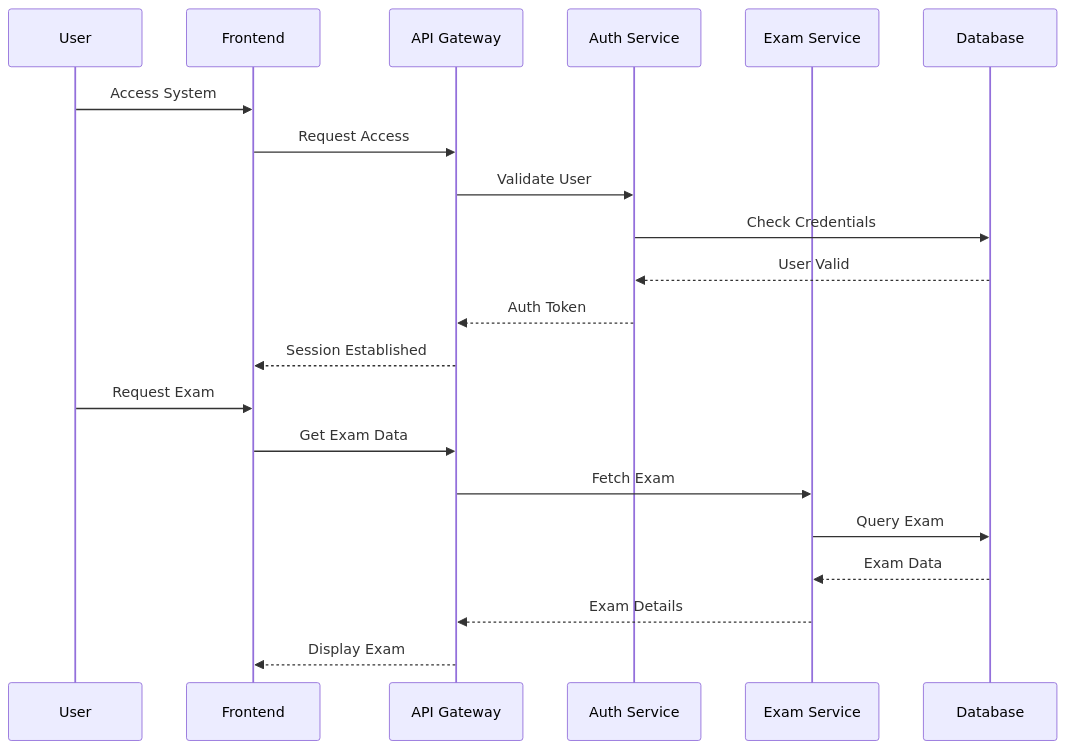
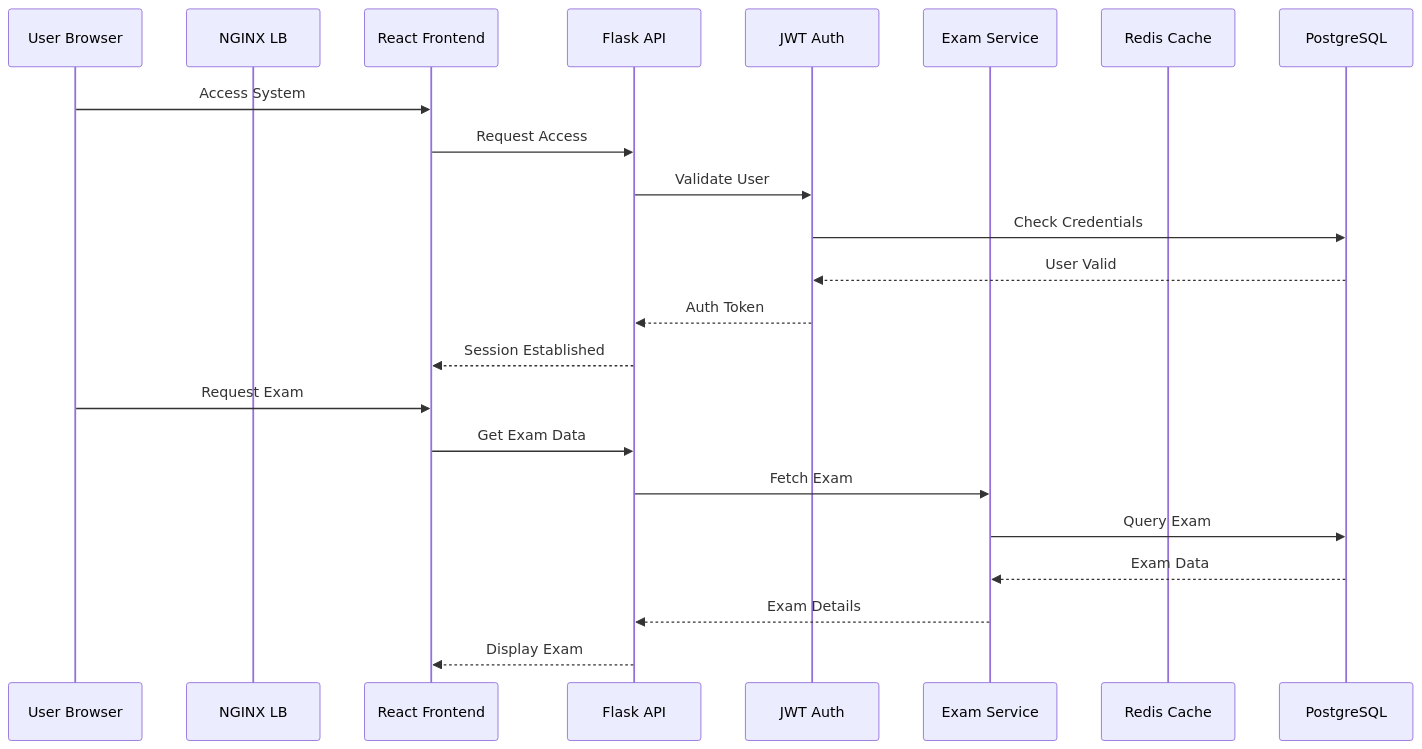
Before and after one commit to r04nx/obsidian: the third of 6 diagrams in tmp/diagrams.md, drawn with Mermaid. The commit also changed other lines of this file, not shown here.

````diff
--- a/tmp/diagrams.md
+++ b/tmp/diagrams.md
@@ -60,24 +69,26 @@
 ```mermaid
 sequenceDiagram
-    participant U as User
-    participant FE as Frontend
-    participant API as API Gateway
-    participant AS as Auth Service
+    participant U as User Browser
+    participant LB as NGINX LB
+    participant FE as React Frontend
+    participant API as Flask API
+    participant AS as JWT Auth
     participant ES as Exam Service
-    participant DB as Database
+    participant REDIS as Redis Cache
+    participant DB as PostgreSQL
     
     U->>FE: Access System
     FE->>API: Request Access
     API->>AS: Validate User
     AS->>DB: Check Credentials
     DB-->>AS: User Valid
     AS-->>API: Auth Token
     API-->>FE: Session Established
     U->>FE: Request Exam
     FE->>API: Get Exam Data
     API->>ES: Fetch Exam
     ES->>DB: Query Exam
     DB-->>ES: Exam Data
     ES-->>API: Exam Details
     API-->>FE: Display Exam
 ```
````
